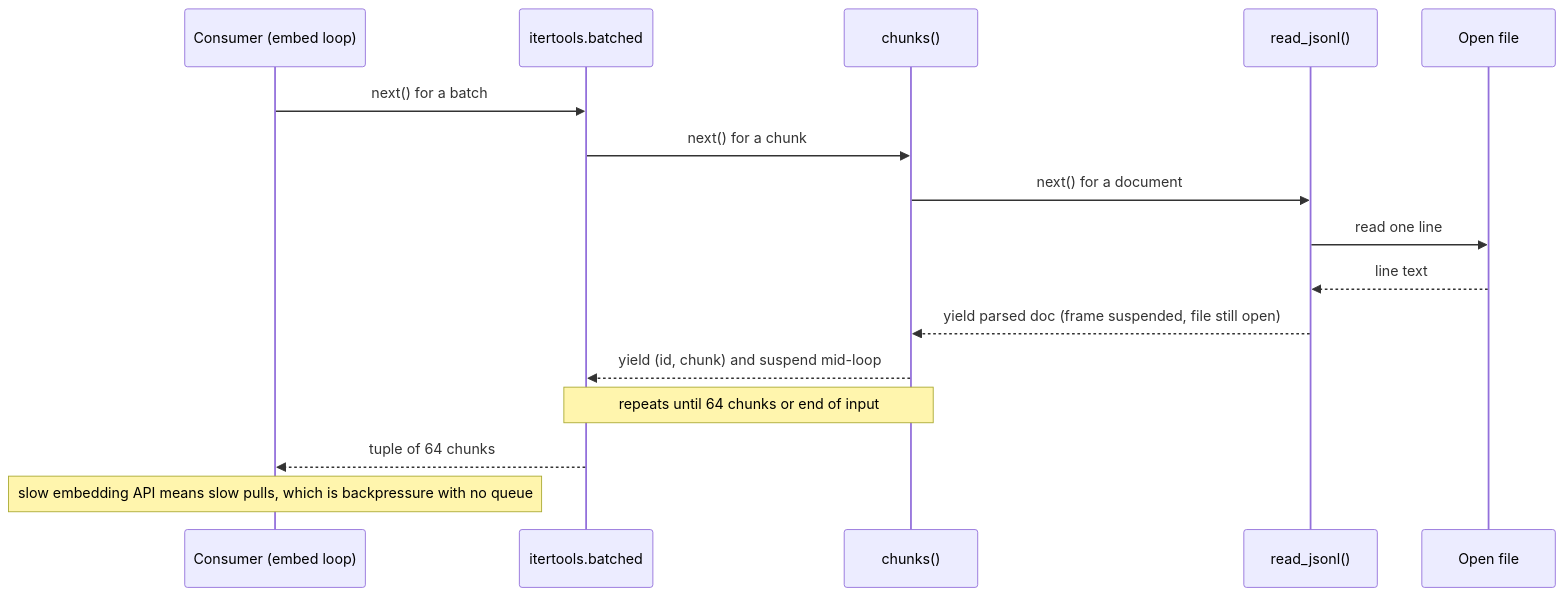
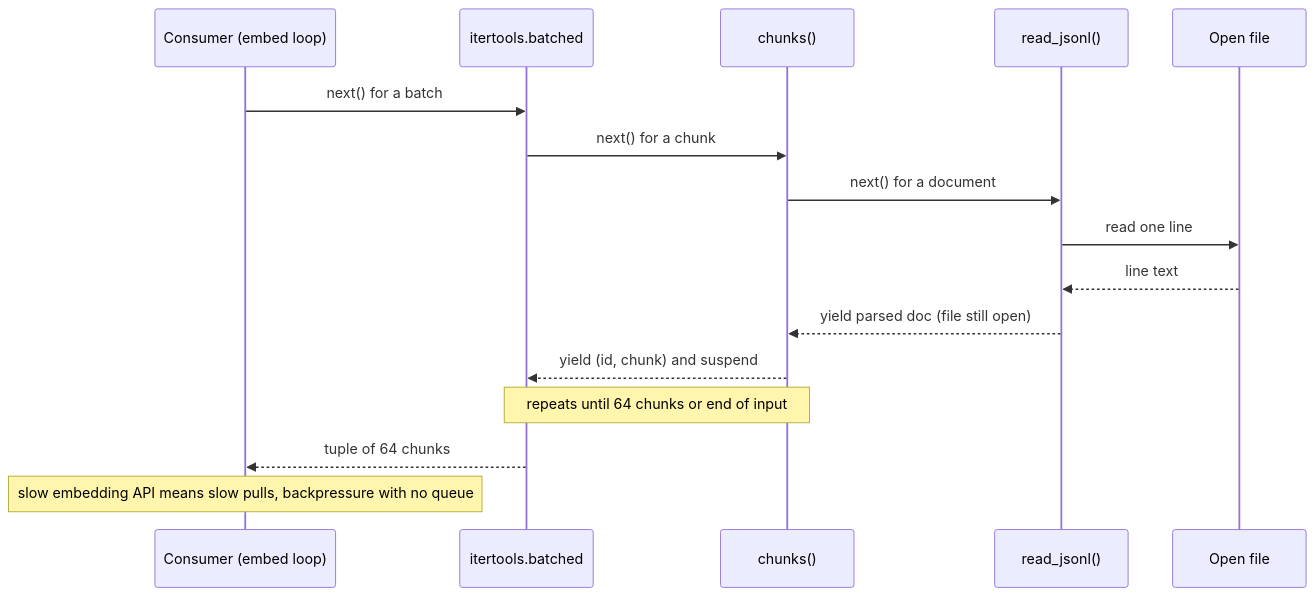
The diagram in content/python-for-ai/generators.md (lovishmahajan97/agentic-learning), drawn with Mermaid before and after one commit. The commit also changed other lines of this file and 266 other files, not shown here.

````diff
--- a/content/python-for-ai/generators.md
+++ b/content/python-for-ai/generators.md
@@ -104,18 +118,18 @@
 ```mermaid
 sequenceDiagram
     participant C as Consumer (embed loop)
     participant B as itertools.batched
     participant K as chunks()
     participant R as read_jsonl()
     participant F as Open file
     C->>B: next() for a batch
     B->>K: next() for a chunk
     K->>R: next() for a document
     R->>F: read one line
     F-->>R: line text
-    R-->>K: yield parsed doc (frame suspended, file still open)
-    K-->>B: yield (id, chunk) and suspend mid-loop
+    R-->>K: yield parsed doc (file still open)
+    K-->>B: yield (id, chunk) and suspend
     Note over B,K: repeats until 64 chunks or end of input
     B-->>C: tuple of 64 chunks
-    Note over C: slow embedding API means slow pulls, which is backpressure with no queue
+    Note over C: slow embedding API means slow pulls, backpressure with no queue
 ```
````
